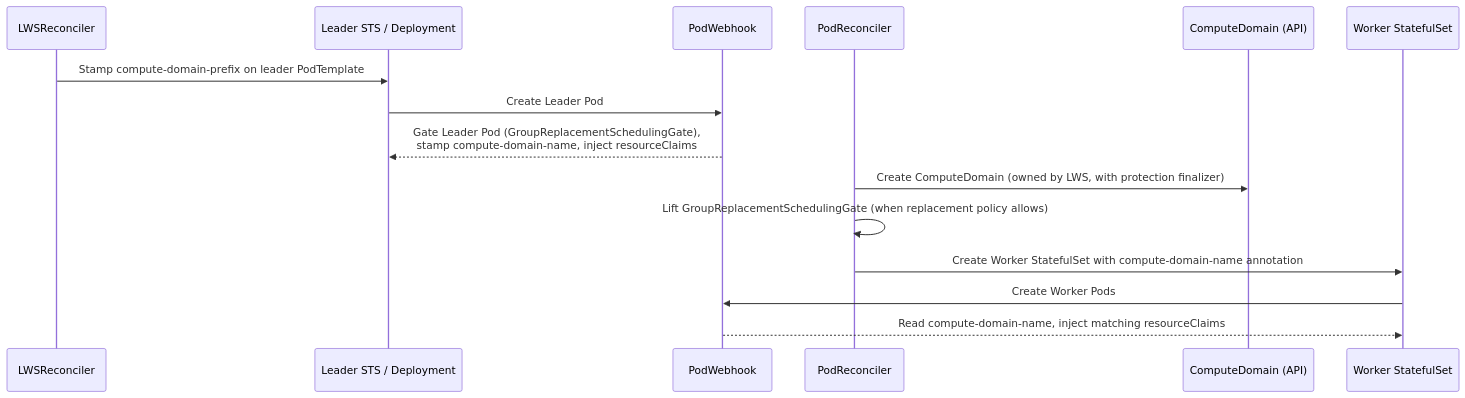
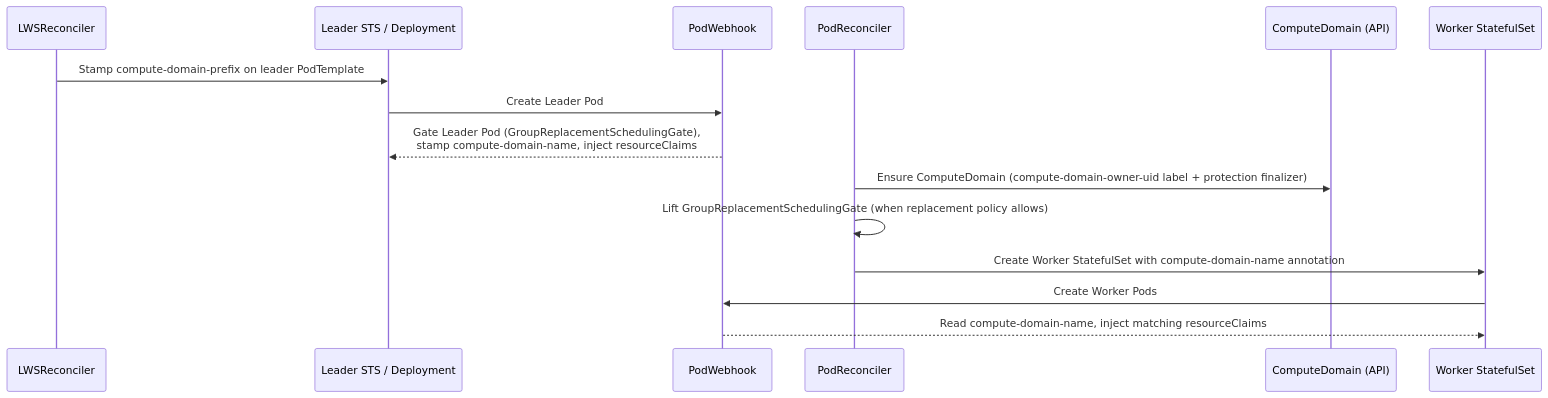
One commit to kubernetes-sigs/lws changed the diagram in keps/1259-auto-compute-domain/README.md. Above: the diagram before and after it, drawn with Mermaid. The commit also changed other lines of this file, not shown here.

````diff
--- a/keps/1259-auto-compute-domain/README.md
+++ b/keps/1259-auto-compute-domain/README.md
@@ -472,18 +491,18 @@
 ```mermaid
 sequenceDiagram
     participant LWS as LWSReconciler
     participant STS as Leader STS / Deployment
     participant WH as PodWebhook
     participant PR as PodReconciler
     participant CD as ComputeDomain (API)
     participant WSTS as Worker StatefulSet
 
     LWS->>STS: Stamp compute-domain-prefix on leader PodTemplate
     STS->>WH: Create Leader Pod
     WH-->>STS: Gate Leader Pod (GroupReplacementSchedulingGate),<br/>stamp compute-domain-name, inject resourceClaims
-    PR->>CD: Create ComputeDomain (owned by LWS, with protection finalizer)
+    PR->>CD: Ensure ComputeDomain (compute-domain-owner-uid label + protection finalizer)
     PR->>PR: Lift GroupReplacementSchedulingGate (when replacement policy allows)
     PR->>WSTS: Create Worker StatefulSet with compute-domain-name annotation
     WSTS->>WH: Create Worker Pods
     WH-->>WSTS: Read compute-domain-name, inject matching resourceClaims
 ```
````
